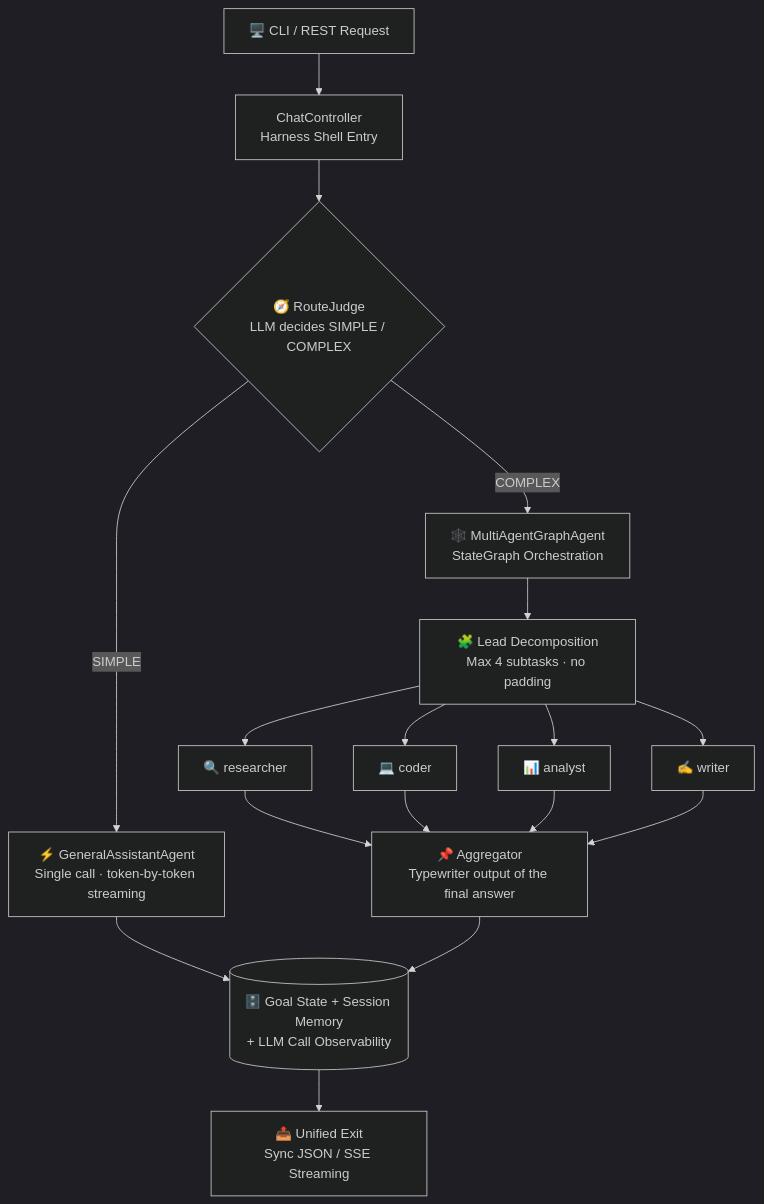
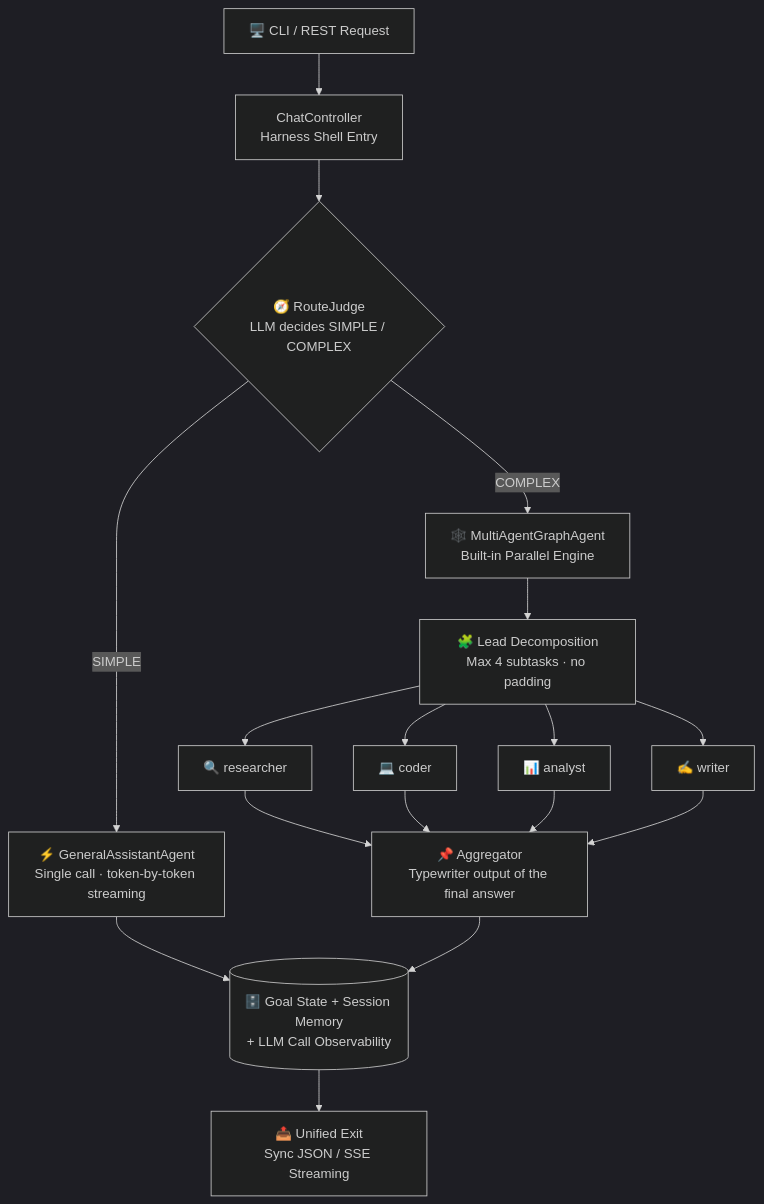
One commit to cxknotjj/Deerfect_harness changed the first of 2 diagrams in README_EN.md. Above: the diagram before and after it, drawn with Mermaid (dark theme). The commit also changed other lines of this file and 14 other files, not shown here.

````diff
--- a/README_EN.md
+++ b/README_EN.md
@@ -64,16 +63,16 @@
 ```mermaid
 flowchart TD
     A[🖥️ CLI / REST Request] --> B[ChatController<br/>Harness Shell Entry]
     B --> C{🧭 RouteJudge<br/>LLM decides SIMPLE / COMPLEX}
     C -->|SIMPLE| D[⚡ GeneralAssistantAgent<br/>Single call · token-by-token streaming]
-    C -->|COMPLEX| E[🕸️ MultiAgentGraphAgent<br/>StateGraph Orchestration]
+    C -->|COMPLEX| E[🕸️ MultiAgentGraphAgent<br/>Built-in Parallel Engine]
     E --> F[🧩 Lead Decomposition<br/>Max 4 subtasks · no padding]
     F --> G1[🔍 researcher]
     F --> G2[💻 coder]
     F --> G3[📊 analyst]
     F --> G4[✍️ writer]
     G1 & G2 & G3 & G4 --> H[📌 Aggregator<br/>Typewriter output of the final answer]
     D --> I[(🗄️ Goal State + Session Memory<br/>+ LLM Call Observability)]
     H --> I
     I --> J[📤 Unified Exit<br/>Sync JSON / SSE Streaming]
 ```
````
